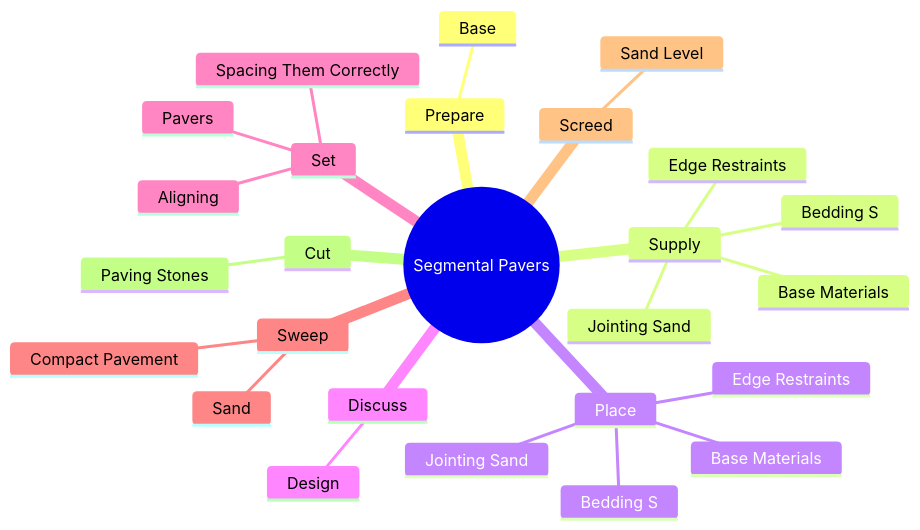
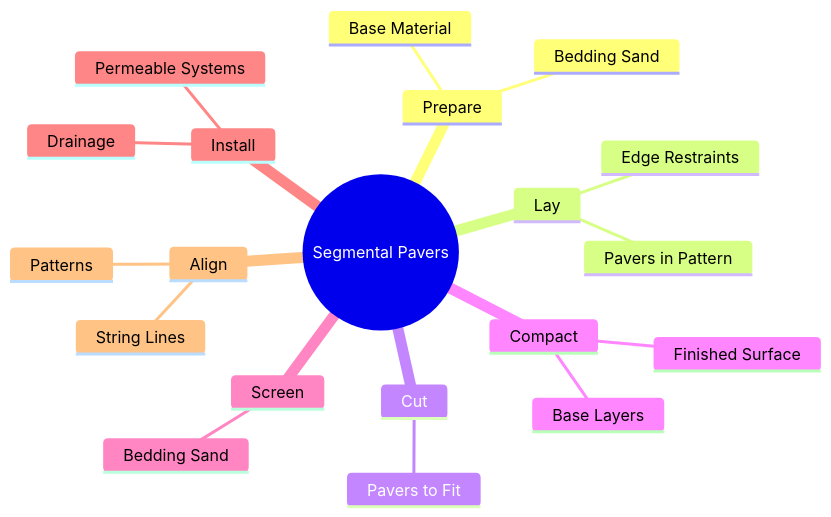
One commit to kziemski/business.org.ai changed the second of 4 diagrams in occupations/Construction/SegmentalPavers.mdx. Above: the diagram before and after it, drawn with Mermaid. The commit also changed other lines of this file and 938 other files, not shown here.

````diff
--- a/occupations/Construction/SegmentalPavers.mdx
+++ b/occupations/Construction/SegmentalPavers.mdx
@@ -37,29 +46,23 @@
 ```mermaid
 mindmap
     root(("Segmental Pavers"))
         Prepare
-            Base
-        Supply
-            Base Materials
+            Base Material
+            Bedding Sand
+        Lay
+            Pavers in Pattern
             Edge Restraints
-            Bedding S
-            Jointing Sand
-        Place
-            Base Materials
-            Edge Restraints
-            Bedding S
-            Jointing Sand
-        Discuss
-            Design
-        Set
-            Pavers
-            Aligning
-            Spacing Them Correctly
-        Sweep
-            Sand
-            Compact Pavement
-        Screed
-            Sand Level
         Cut
-            Paving Stones
+            Pavers to Fit
+        Compact
+            Base Layers
+            Finished Surface
+        Screen
+            Bedding Sand
+        Install
+            Permeable Systems
+            Drainage
+        Align
+            Patterns
+            String Lines
 ```
````
